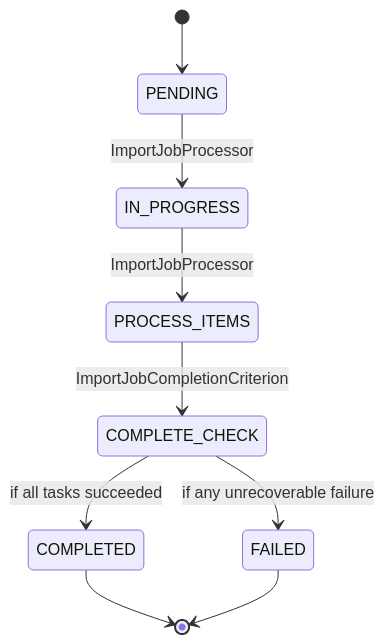
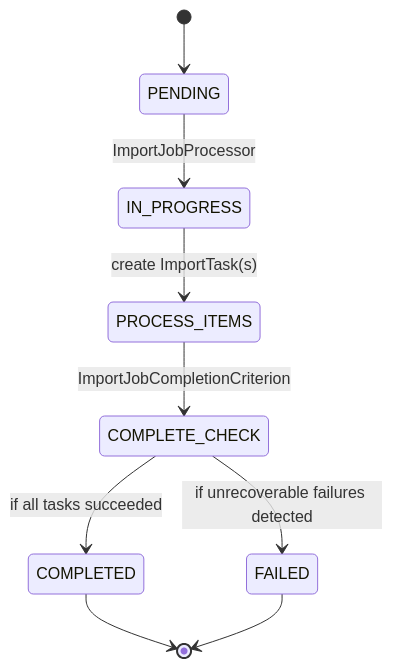
One commit to Cyoda-platform/java-client-template changed the second of 3 diagrams in src/main/java/com/java_template/prototype/functional_requirement.md. Above: the diagram before and after it, drawn with Mermaid. The commit also changed other lines of this file, not shown here.

````diff
--- a/src/main/java/com/java_template/prototype/functional_requirement.md
+++ b/src/main/java/com/java_template/prototype/functional_requirement.md
@@ -92,11 +133,11 @@
 ```mermaid
 stateDiagram-v2
     [*] --> PENDING
     PENDING --> IN_PROGRESS : ImportJobProcessor
-    IN_PROGRESS --> PROCESS_ITEMS : ImportJobProcessor
+    IN_PROGRESS --> PROCESS_ITEMS : create ImportTask(s)
     PROCESS_ITEMS --> COMPLETE_CHECK : ImportJobCompletionCriterion
     COMPLETE_CHECK --> COMPLETED : if all tasks succeeded
-    COMPLETE_CHECK --> FAILED : if any unrecoverable failure
+    COMPLETE_CHECK --> FAILED : if unrecoverable failures detected
     COMPLETED --> [*]
     FAILED --> [*]
 ```
````
